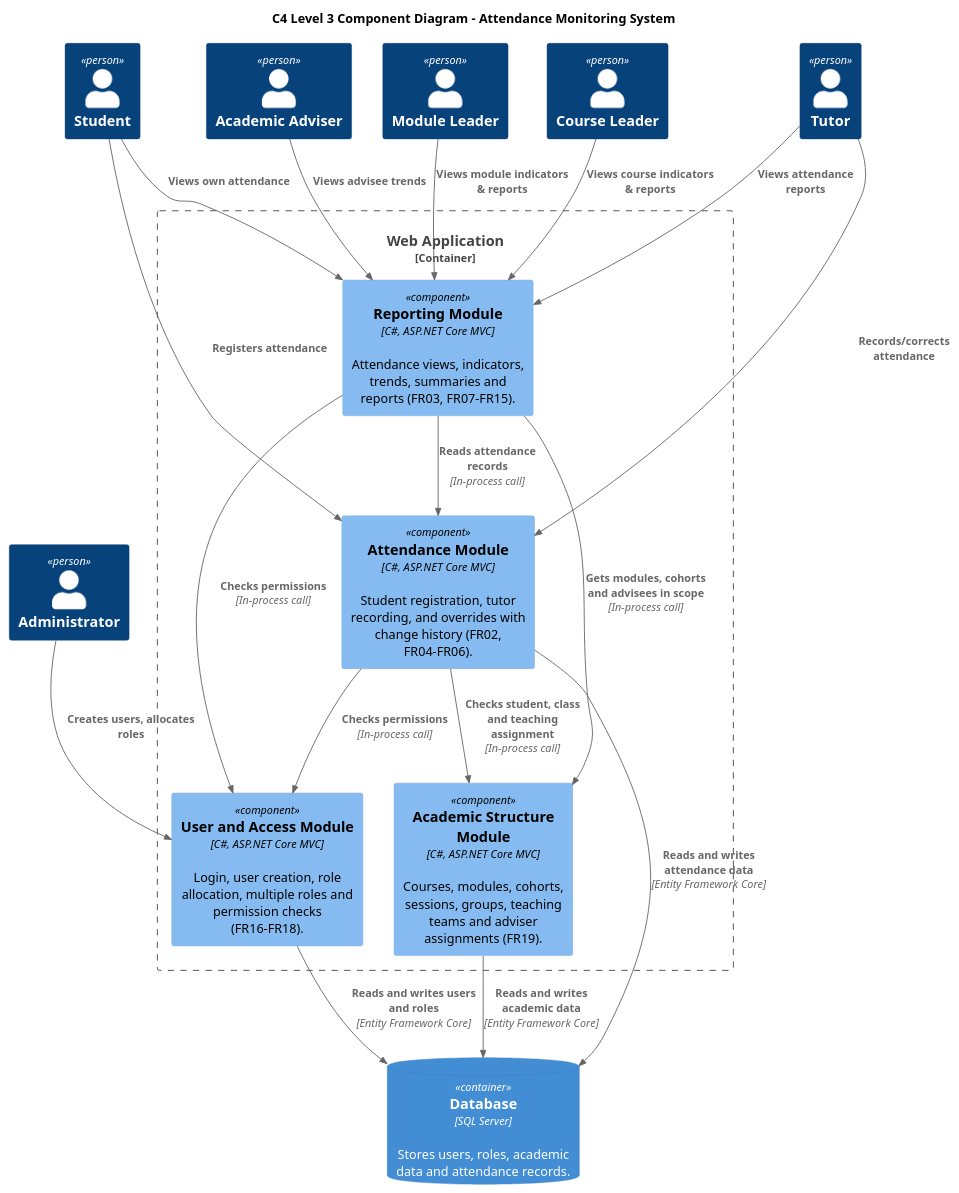
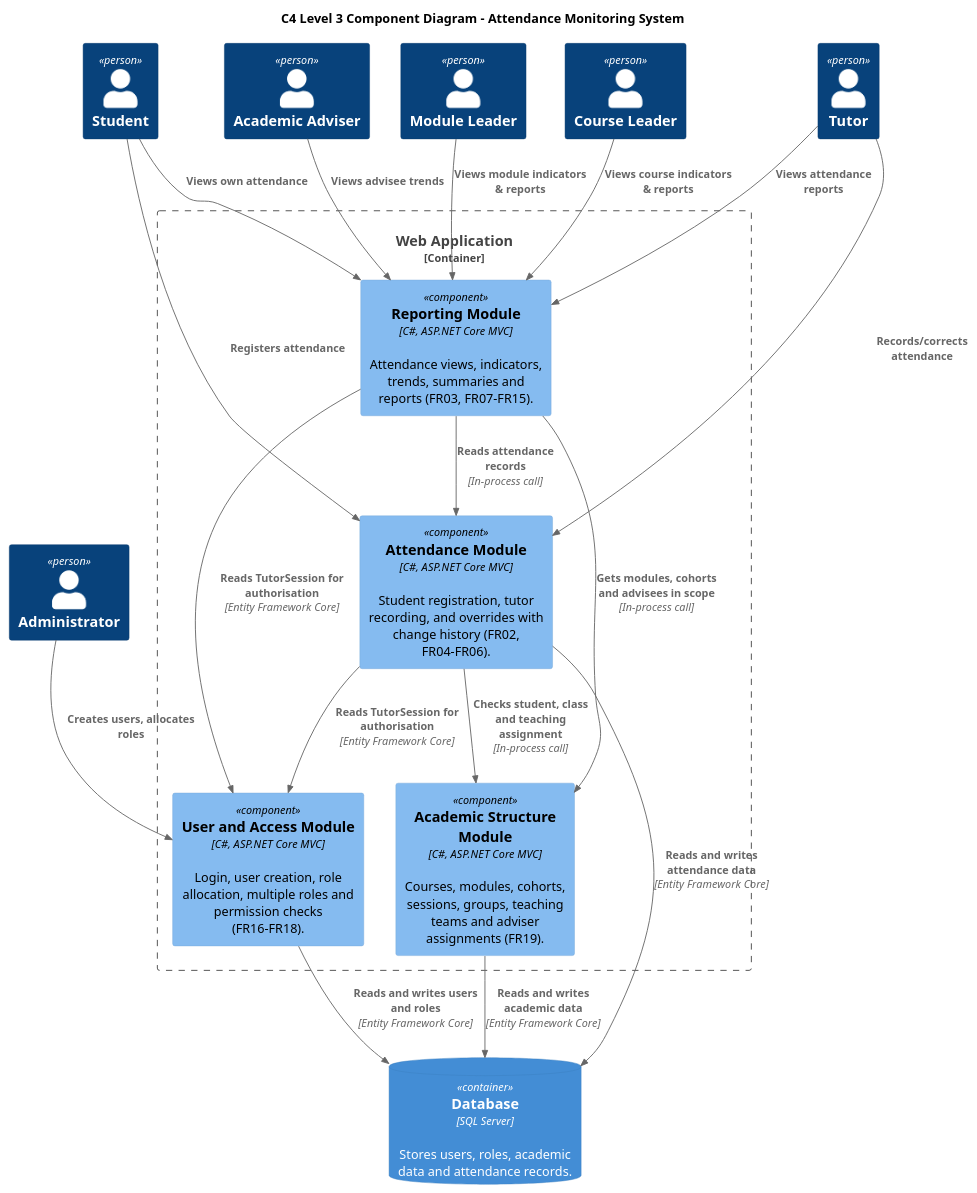
Before and after one commit to Shelly855/attendance-monitoring-copy: the diagram in diagrams/c4-level3-diagram.puml, drawn with PlantUML. The commit also changed 3 other files, not shown here.

Commit message:
diagrams

```diff
--- a/diagrams/c4-level3-diagram.puml
+++ b/diagrams/c4-level3-diagram.puml
@@ -1,39 +1,39 @@
 @startuml AttendanceMonitoringSystemC4L3
 title C4 Level 3 Component Diagram – Attendance Monitoring System
 !include https://raw.githubusercontent.com/plantuml-stdlib/C4-PlantUML/master/C4_Component.puml
 
 Person(student, "Student")
 Person(tutor, "Tutor")
 Person(moduleLeader, "Module Leader")
 Person(courseLeader, "Course Leader")
 Person(adviser, "Academic Adviser")
 Person(admin, "Administrator")
 
 Container_Boundary(web, "Web Application") {
     Component(attendance, "Attendance Module", "C#, ASP.NET Core MVC", "Student registration, tutor recording, and overrides with change history (FR02, FR04-FR06).")
     Component(reporting, "Reporting Module", "C#, ASP.NET Core MVC", "Attendance views, indicators, trends, summaries and reports (FR03, FR07-FR15).")
     Component(access, "User and Access Module", "C#, ASP.NET Core MVC", "Login, user creation, role allocation, multiple roles and permission checks (FR16-FR18).")
     Component(academic, "Academic Structure Module", "C#, ASP.NET Core MVC", "Courses, modules, cohorts, sessions, groups, teaching teams and adviser assignments (FR19).")
 }
 
 ContainerDb(db, "Database", "SQL Server", "Stores users, roles, academic data and attendance records.")
 
 Rel(student, attendance, "Registers attendance")
 Rel(student, reporting, "Views own attendance")
 Rel(tutor, attendance, "Records/corrects attendance")
 Rel(tutor, reporting, "Views attendance reports")
 Rel(moduleLeader, reporting, "Views module indicators & reports")
 Rel(courseLeader, reporting, "Views course indicators & reports")
 Rel(adviser, reporting, "Views advisee trends")
 Rel(admin, access, "Creates users, allocates roles")
 
 Rel(attendance, academic, "Checks student, class and teaching assignment", "In-process call")
-Rel(attendance, access, "Checks permissions", "In-process call")
+Rel(attendance, access, "Reads TutorSession for authorisation", "Entity Framework Core")
 Rel(reporting, attendance, "Reads attendance records", "In-process call")
 Rel(reporting, academic, "Gets modules, cohorts and advisees in scope", "In-process call")
-Rel(reporting, access, "Checks permissions", "In-process call")
+Rel(reporting, access, "Reads TutorSession for authorisation", "Entity Framework Core")
 
 Rel(attendance, db, "Reads and writes attendance data", "Entity Framework Core")
 Rel(access, db, "Reads and writes users and roles", "Entity Framework Core")
 Rel(academic, db, "Reads and writes academic data", "Entity Framework Core")
 @enduml
```
